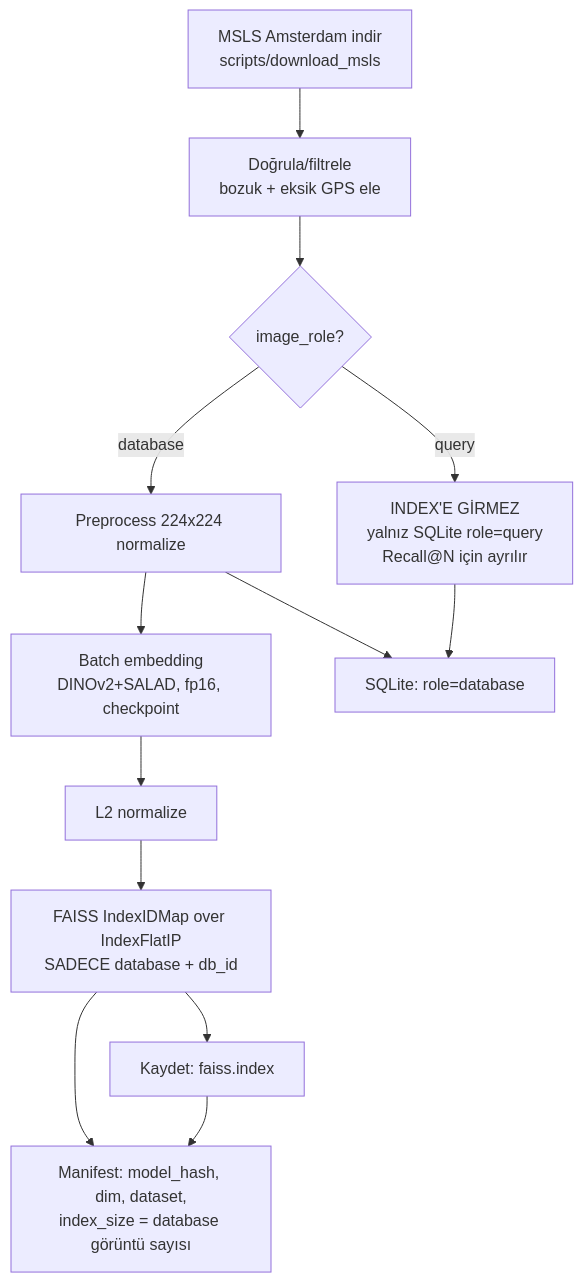
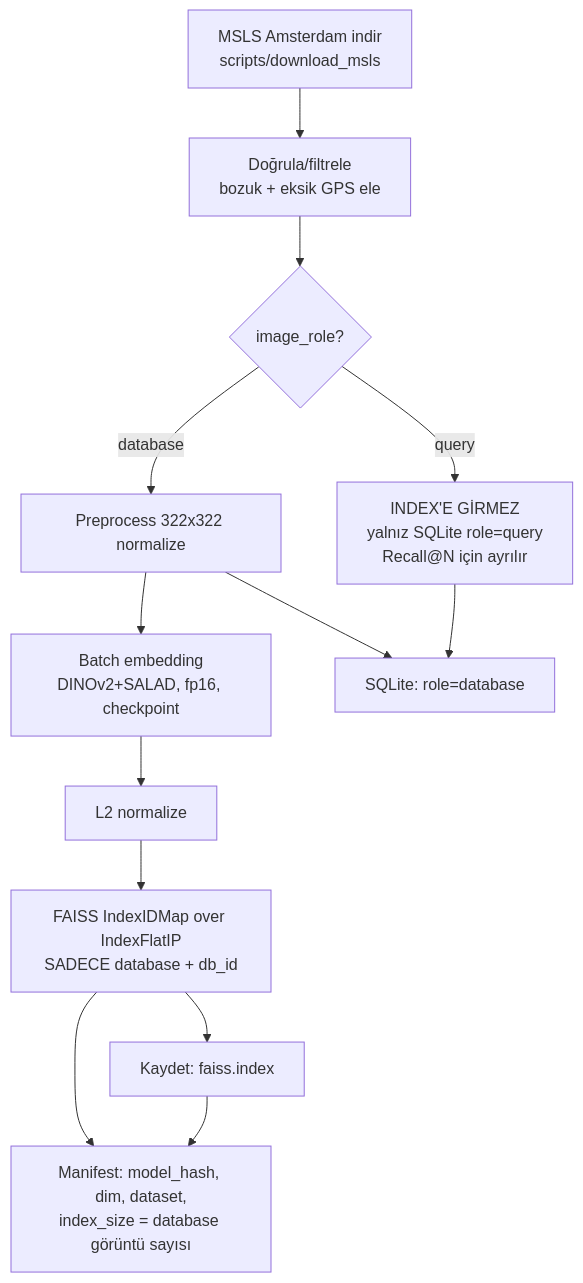
One commit to EnesSoydan/GeoLens changed the third of 3 diagrams in docs/architecture/03-ai-pipeline.md. Above: the diagram before and after it, drawn with Mermaid. The commit also changed other lines of this file and 6 other files, not shown here.

````diff
--- a/docs/architecture/03-ai-pipeline.md
+++ b/docs/architecture/03-ai-pipeline.md
@@ -53,15 +61,15 @@
 ```mermaid
 flowchart TD
     A[MSLS Amsterdam indir<br/>scripts/download_msls] --> B[Doğrula/filtrele<br/>bozuk + eksik GPS ele]
     B --> C{image_role?}
-    C -->|database| D[Preprocess 224x224 normalize]
+    C -->|database| D[Preprocess 322x322 normalize]
     C -->|query| Q[INDEX'E GİRMEZ<br/>yalnız SQLite role=query<br/>Recall@N için ayrılır]
     D --> E[Batch embedding<br/>DINOv2+SALAD, fp16, checkpoint]
     E --> F[L2 normalize]
     F --> G[FAISS IndexIDMap over IndexFlatIP<br/>SADECE database + db_id]
     G --> H[Kaydet: faiss.index]
     D --> I[SQLite: role=database]
     Q --> I
     G --> M[Manifest: model_hash, dim, dataset,<br/>index_size = database görüntü sayısı]
     H --> M
 ```
````
